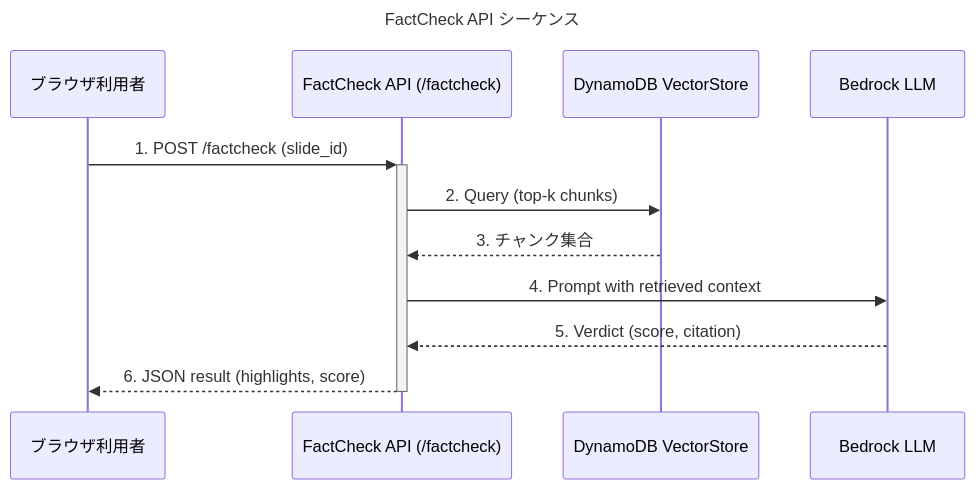
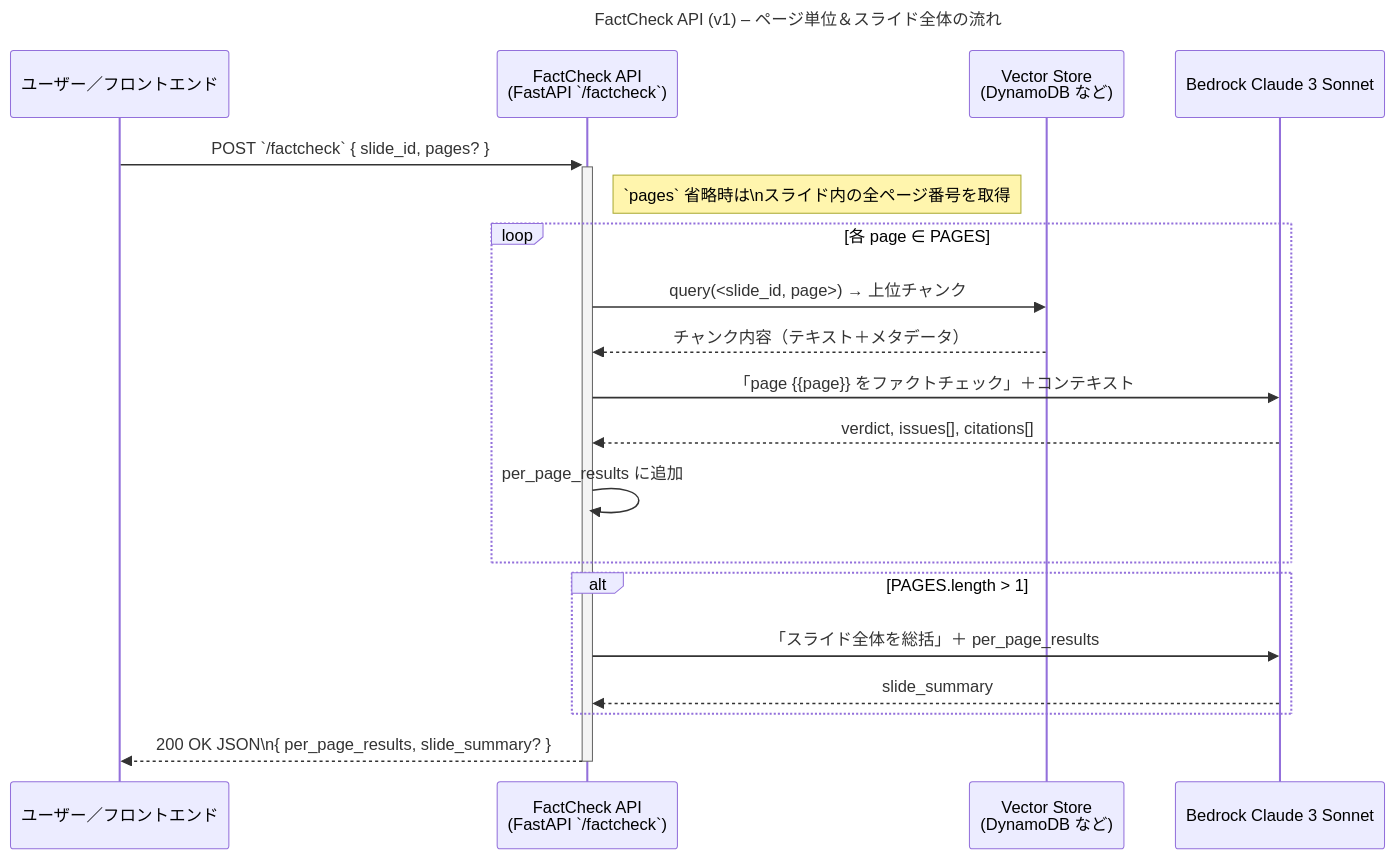
One commit to public-shintaro/lecture-ai-engineering-final changed the third of 3 diagrams in docs/seq_diagram.md. Above: the diagram before and after it, drawn with Mermaid. The commit also changed 8 other files, not shown here.

````diff
--- a/docs/seq_diagram.md
+++ b/docs/seq_diagram.md
@@ -96,16 +96,35 @@
 ```mermaid
 sequenceDiagram
-    title FactCheck API シーケンス
+    title: FactCheck API (v1) – ページ単位＆スライド全体の流れ
 
-    participant User as ブラウザ利用者
-    participant FactCheckAPI as FactCheck API (/factcheck)
-    participant DynamoDB as DynamoDB VectorStore
-    participant BedrockLLM as Bedrock LLM
+    %% ─── 登場人物 ───────────────────────────────────────
+    participant U   as ユーザー／フロントエンド
+    participant API as FactCheck API<br/>(FastAPI `/factcheck`)
+    participant VS  as Vector Store<br/>(DynamoDB など)
+    participant LLM as Bedrock Claude 3 Sonnet
 
-    User ->>+ FactCheckAPI: 1. POST /factcheck (slide_id)
-    FactCheckAPI ->> DynamoDB: 2. Query (top‑k chunks)
-    DynamoDB -->> FactCheckAPI: 3. チャンク集合
-    FactCheckAPI ->> BedrockLLM: 4. Prompt with retrieved context
-    BedrockLLM -->> FactCheckAPI: 5. Verdict (score, citation)
-    FactCheckAPI -->>- User: 6. JSON result (highlights, score)
+    %% ─── 1. リクエスト ────────────────────────────────
+    U ->>+ API: POST `/factcheck` { slide_id, pages? }
+
+    Note right of API: `pages` 省略時は\nスライド内の全ページ番号を取得
+
+    %% ─── 2. ページごとの証拠取得＆検証 ───────────────
+    loop 各 page ∈ PAGES
+        API  ->> VS  : query(<slide_id, page>) → 上位チャンク
+        VS   -->> API: チャンク内容（テキスト＋メタデータ）
+
+        API  ->> LLM : 「page {{page}} をファクトチェック」＋コンテキスト
+        LLM  -->> API: verdict, issues[], citations[]
+
+        API  ->> API : per_page_results に追加
+    end
+
+    %% ─── 3. スライド全体サマリ（任意） ───────────────
+    alt PAGES.length > 1
+        API ->> LLM : 「スライド全体を総括」＋ per_page_results
+        LLM -->> API: slide_summary
+    end
+
+    %% ─── 4. レスポンス ───────────────────────────────
+    API -->>- U : 200 OK JSON\n{ per_page_results, slide_summary? }
 ```
````
